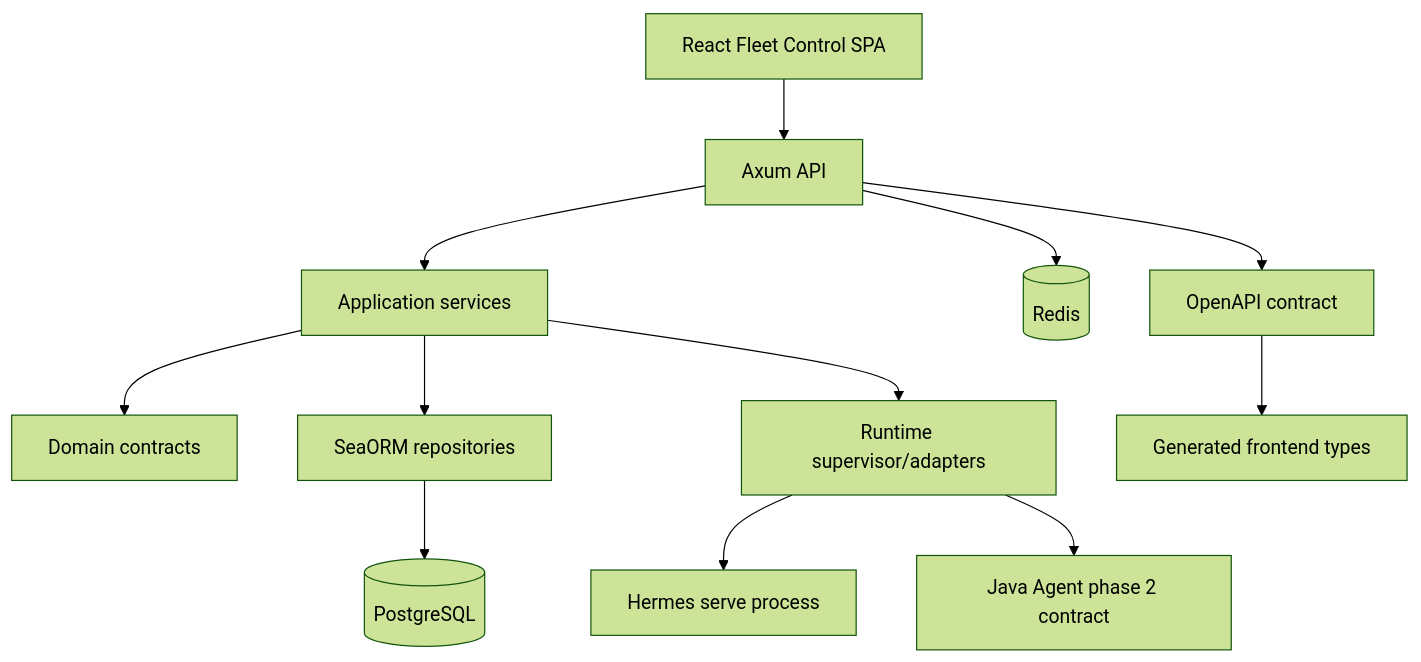
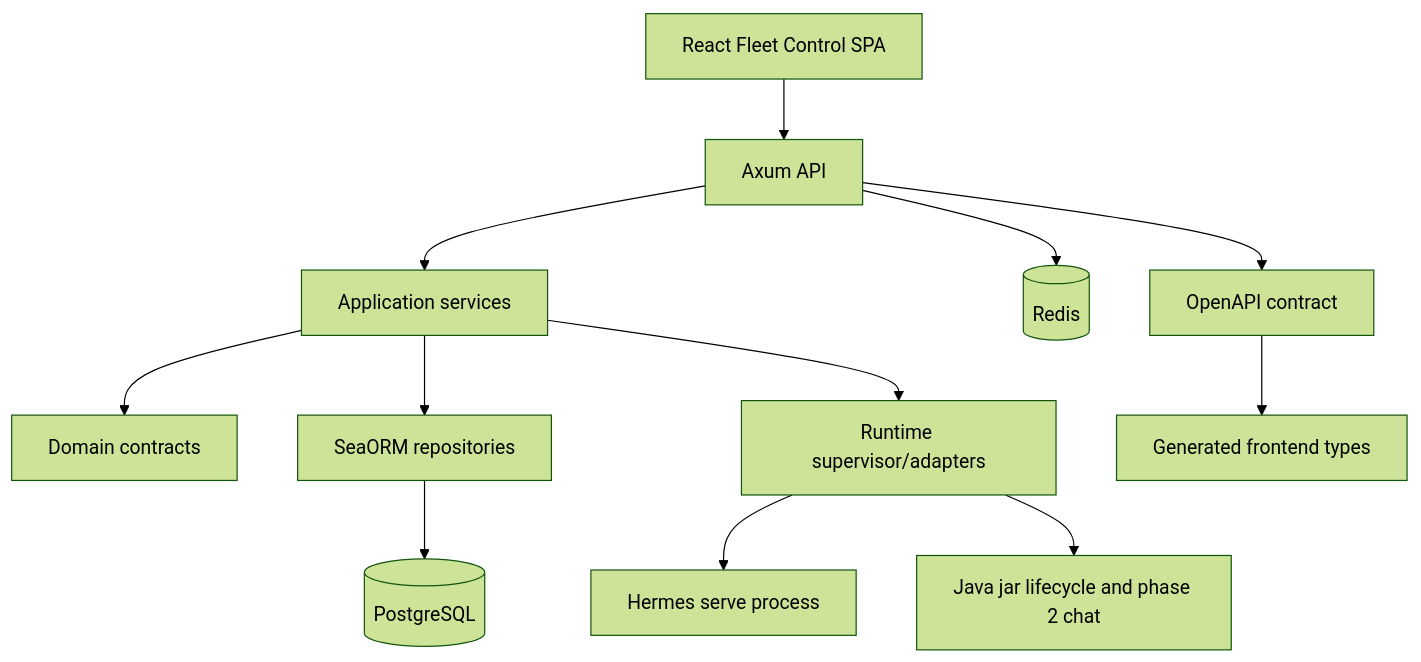
One commit to FerrPOINT/fleet-control changed the diagram in README.md. Above: the diagram before and after it, drawn with Mermaid (forest theme). The commit also changed other lines of this file and 211 other files, not shown here.

````diff
--- a/README.md
+++ b/README.md
@@ -186,14 +189,14 @@
 ```mermaid
 flowchart TD
     UI[React Fleet Control SPA] --> API[Axum API]
     API --> App[Application services]
     App --> Domain[Domain contracts]
     App --> Repo[SeaORM repositories]
     Repo --> DB[(PostgreSQL)]
     API --> Redis[(Redis)]
     App --> Runtime[Runtime supervisor/adapters]
     Runtime --> Hermes[Hermes serve process]
-    Runtime --> Java[Java Agent phase 2 contract]
+    Runtime --> Java[Java jar lifecycle and phase 2 chat]
     API --> OpenAPI[OpenAPI contract]
     OpenAPI --> Gen[Generated frontend types]
 ```
````
